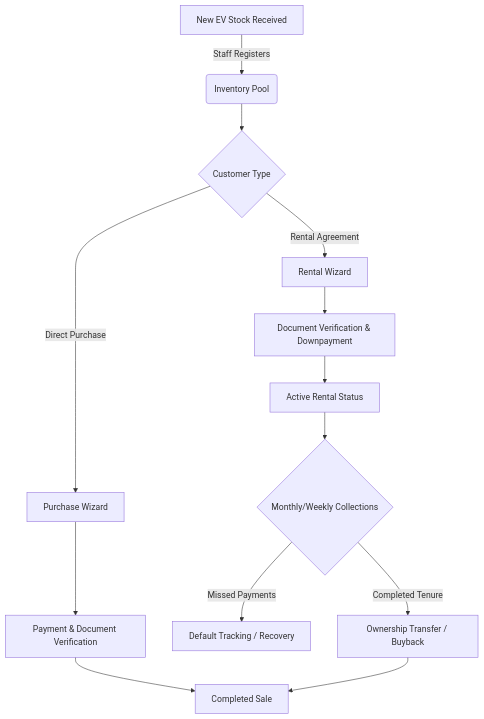
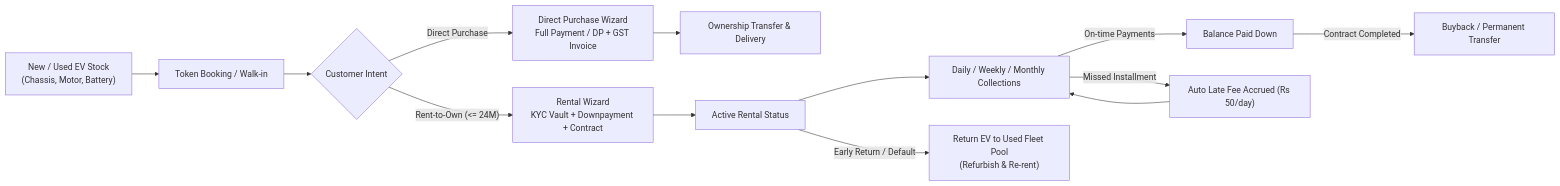
One commit to sumitdevjs/Go-Speedy-Ev-Finance changed the second of 4 diagrams in README.md. Above: the diagram before and after it, drawn with Mermaid. The commit also changed other lines of this file, not shown here.

````diff
--- a/README.md
+++ b/README.md
@@ -25,18 +75,20 @@
 ```mermaid
-graph TD
-    A[New EV Stock Received] -->|Staff Registers| B(Inventory Pool)
-    B --> C{Customer Type}
-    C -->|Direct Purchase| D[Purchase Wizard]
-    C -->|Rental Agreement| E[Rental Wizard]
+flowchart LR
+    A["New / Used EV Stock<br/>(Chassis, Motor, Battery)"] --> B["Token Booking / Walk-in"]
+    B --> C{"Customer Intent"}
     
-    D --> F[Payment & Document Verification]
-    E --> G[Document Verification & Downpayment]
+    C -->|"Direct Purchase"| D["Direct Purchase Wizard<br/>Full Payment / DP + GST Invoice"]
+    C -->|"Rent-to-Own (<= 24M)"| E["Rental Wizard<br/>KYC Vault + Downpayment + Contract"]
     
-    G --> H[Active Rental Status]
-    H --> I{Monthly/Weekly Collections}
-    I -->|Missed Payments| J[Default Tracking / Recovery]
-    I -->|Completed Tenure| K[Ownership Transfer / Buyback]
+    D --> F["Ownership Transfer & Delivery"]
     
-    F --> L[Completed Sale]
-    K --> L
+    E --> G["Active Rental Status"]
+    G --> H["Daily / Weekly / Monthly Collections"]
+    
+    H -->|"On-time Payments"| I["Balance Paid Down"]
+    H -->|"Missed Installment"| J["Auto Late Fee Accrued (Rs 50/day)"]
+    J --> H
+    
+    I -->|"Contract Completed"| K["Buyback / Permanent Transfer"]
+    G -->|"Early Return / Default"| L["Return EV to Used Fleet Pool<br/>(Refurbish & Re-rent)"]
 ```
````
